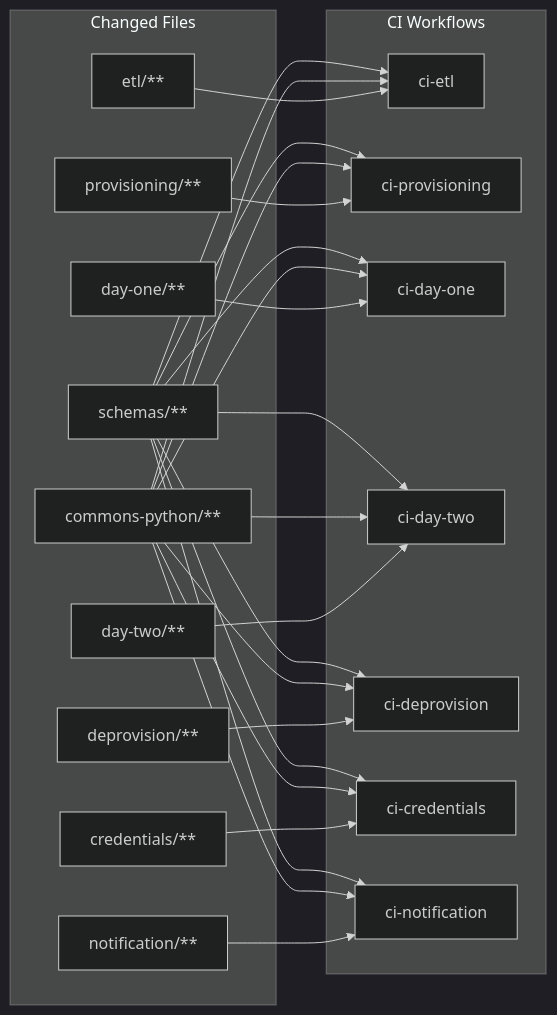
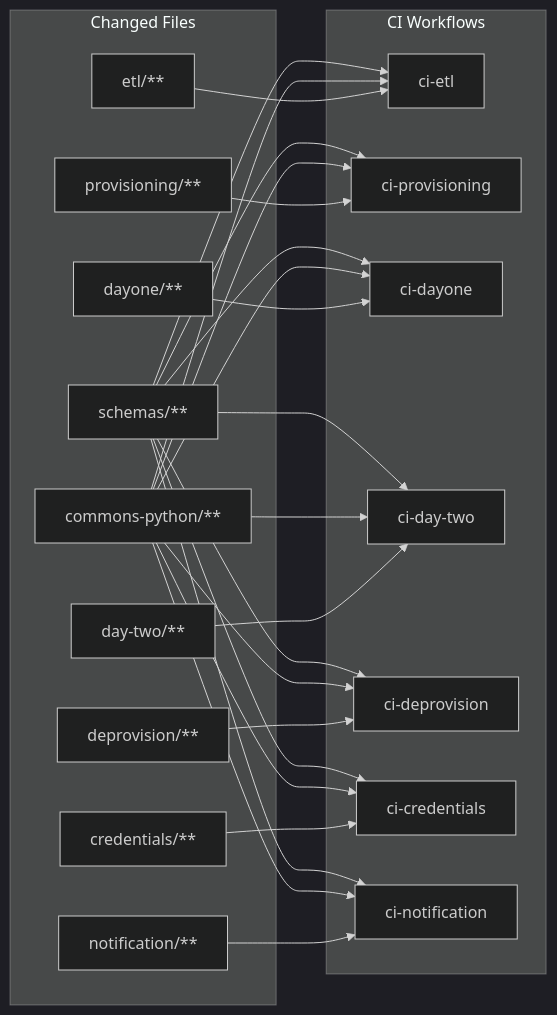
Before and after one commit to redhat-openshift-partner-labs/workers: the third of 4 diagrams in docs/diagrams.md, drawn with Mermaid (dark theme). The commit also changed other lines of this file and 1 other file, not shown here.

Commit message:
chore: update documentation to use dayone not day-one

````diff
--- a/docs/diagrams.md
+++ b/docs/diagrams.md
@@ -93,35 +93,35 @@
 ```mermaid
 flowchart LR
     subgraph Changed Files
         S["schemas/**"]
         C["commons-python/**"]
         W_ETL["etl/**"]
         W_PROV["provisioning/**"]
-        W_D1["day-one/**"]
+        W_D1["dayone/**"]
         W_D2["day-two/**"]
         W_DEPROV["deprovision/**"]
         W_CRED["credentials/**"]
         W_NOTIF["notification/**"]
     end
 
     subgraph CI Workflows
         CI_ETL[ci-etl]
         CI_PROV[ci-provisioning]
-        CI_D1[ci-day-one]
+        CI_D1[ci-dayone]
         CI_D2[ci-day-two]
         CI_DEPROV[ci-deprovision]
         CI_CRED[ci-credentials]
         CI_NOTIF[ci-notification]
     end
 
     S --> CI_ETL & CI_PROV & CI_D1 & CI_D2 & CI_DEPROV & CI_CRED & CI_NOTIF
     C --> CI_ETL & CI_PROV & CI_D1 & CI_D2 & CI_DEPROV & CI_CRED & CI_NOTIF
 
     W_ETL --> CI_ETL
     W_PROV --> CI_PROV
     W_D1 --> CI_D1
     W_D2 --> CI_D2
     W_DEPROV --> CI_DEPROV
     W_CRED --> CI_CRED
     W_NOTIF --> CI_NOTIF
 ```
````
